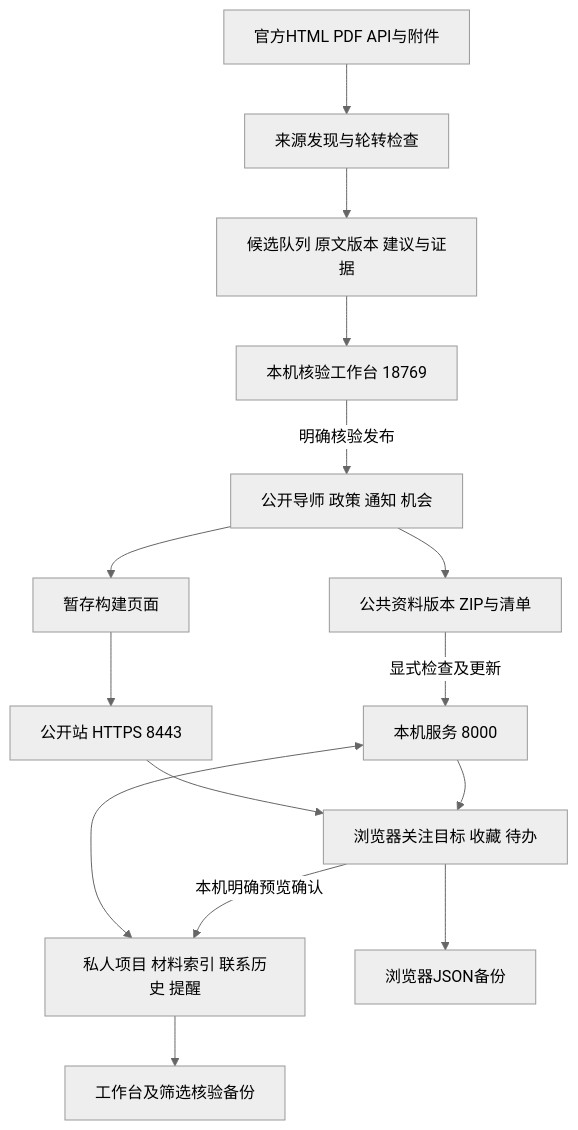
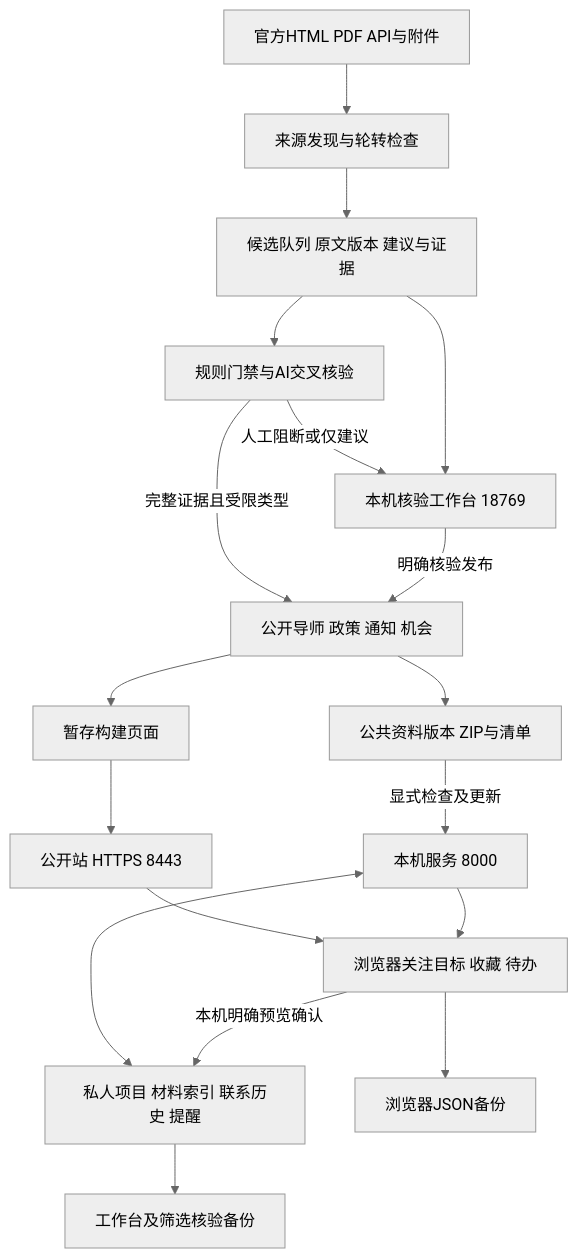
Before and after one commit to kanosa0101/Mentor-Research-and-Analysis-Tool: the diagram in ARCHITECTURE.md, drawn with Mermaid (neutral theme). The commit also changed other lines of this file and 113 other files, not shown here.

````diff
--- a/ARCHITECTURE.md
+++ b/ARCHITECTURE.md
@@ -5,17 +5,20 @@
 ```mermaid
 flowchart TD
   Official[官方HTML PDF API与附件] --> Discovery[来源发现与轮转检查]
   Discovery --> Queue[候选队列 原文版本 建议与证据]
-  Queue --> Review[本机核验工作台 18769]
+  Queue --> Auto[规则门禁与AI交叉核验]
+  Auto -->|完整证据且受限类型| Public
+  Auto -->|人工阻断或仅建议| Review[本机核验工作台 18769]
+  Queue --> Review
   Review -->|明确核验发布| Public[公开导师 政策 通知 机会]
   Public --> Build[暂存构建页面]
   Build --> Web[公开站 HTTPS 8443]
   Public --> Snapshot[公共资料版本 ZIP与清单]
   Snapshot -->|显式检查及更新| Local[本机服务 8000]
   Web --> Browser[浏览器关注目标 收藏 待办]
   Local --> Browser
   Local <--> Private[私人项目 材料索引 联系历史 提醒]
   Browser -->|本机明确预览确认| Private
   Browser --> BrowserBackup[浏览器JSON备份]
   Private --> WorkflowBackup[工作台及筛选核验备份]
 ```
````
